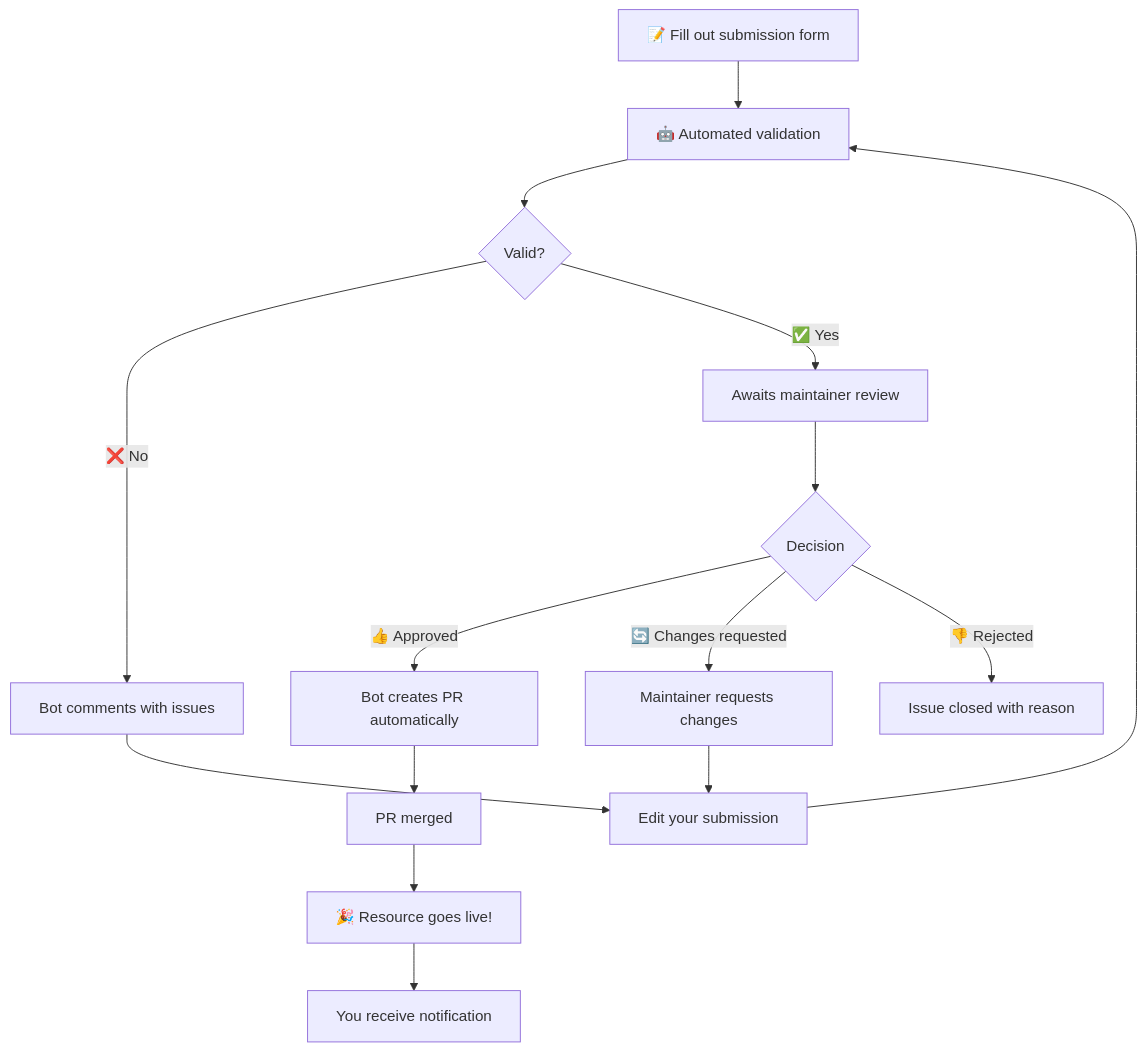
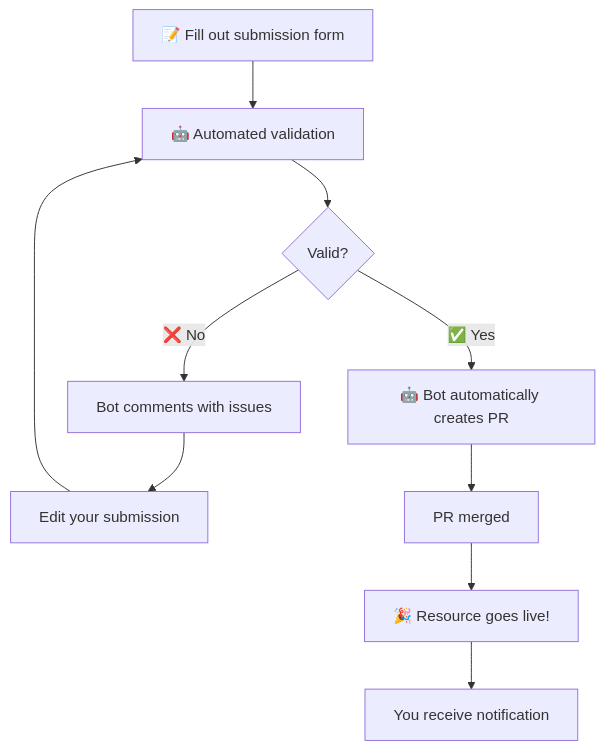
One commit to thedotmack/awesome-claude-code changed the diagram in CONTRIBUTING.md. Above: the diagram before and after it, drawn with Mermaid. The commit also changed other lines of this file and 6 other files, not shown here.

````diff
--- a/CONTRIBUTING.md
+++ b/CONTRIBUTING.md
@@ -21,17 +45,12 @@
 ```mermaid
 graph TD
     A[📝 Fill out submission form] --> B[🤖 Automated validation]
     B --> C{Valid?}
     C -->|❌ No| D[Bot comments with issues]
     D --> E[Edit your submission]
     E --> B
-    C -->|✅ Yes| F[Awaits maintainer review]
-    F --> G{Decision}
-    G -->|👍 Approved| H[Bot creates PR automatically]
-    G -->|🔄 Changes requested| I[Maintainer requests changes]
-    G -->|👎 Rejected| J[Issue closed with reason]
-    I --> E
-    H --> K[PR merged]
-    K --> L[🎉 Resource goes live!]
-    L --> M[You receive notification]
+    C -->|✅ Yes| F[🤖 Bot automatically creates PR]
+    F --> G[PR merged]
+    G --> H[🎉 Resource goes live!]
+    H --> I[You receive notification]
 ```
````
